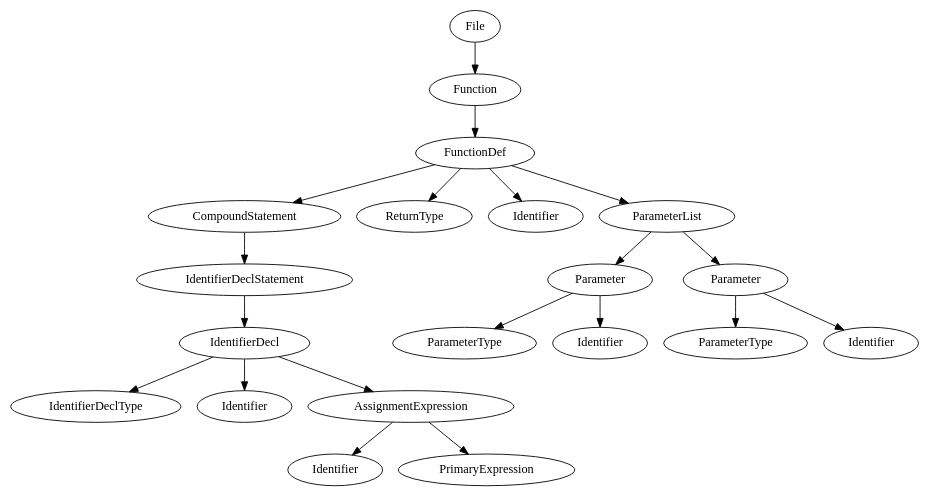
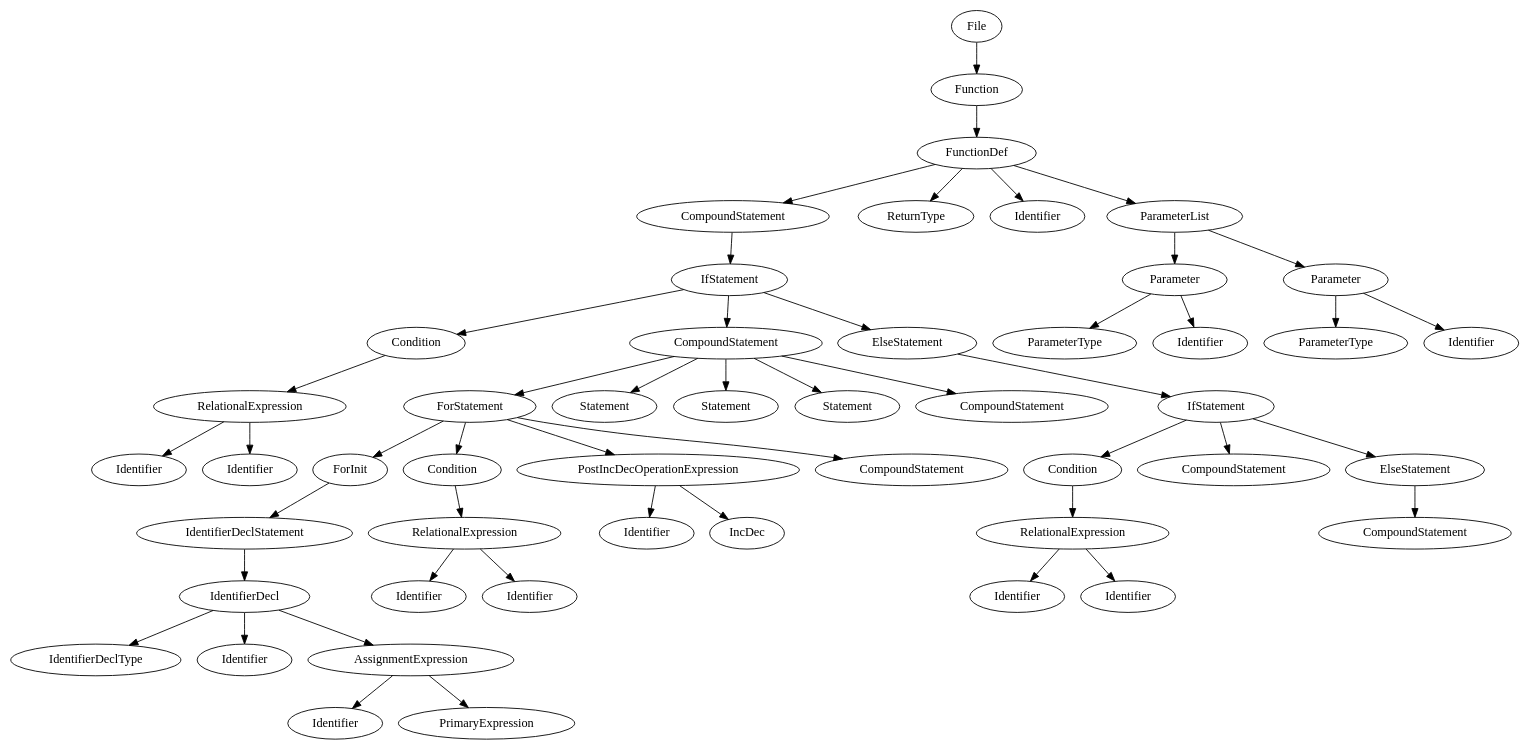
The diagram in test.gv (rsalesc/TCC), drawn with Graphviz before and after one commit. The commit also changed 22 other files, not shown here.

```diff
--- a/test.gv
+++ b/test.gv
@@ -1,41 +1,99 @@
 digraph {
 	1 [label=File]
 	1 -> 2
 	2 [label=Function]
 	2 -> 3
 	3 [label=FunctionDef]
 	3 -> 4
 	4 [label=CompoundStatement]
 	4 -> 5
-	5 [label=IdentifierDeclStatement]
+	5 [label=IfStatement]
 	5 -> 6
-	6 [label=IdentifierDecl]
+	6 [label=Condition]
 	6 -> 7
-	7 [label=IdentifierDeclType]
-	6 -> 8
+	7 [label=RelationalExpression]
+	7 -> 8
 	8 [label=Identifier]
-	6 -> 9
-	9 [label=AssignmentExpression]
-	9 -> 10
-	10 [label=Identifier]
-	9 -> 11
-	11 [label=PrimaryExpression]
-	3 -> 12
-	12 [label=ReturnType]
-	3 -> 13
-	13 [label=Identifier]
-	3 -> 14
-	14 [label=ParameterList]
+	7 -> 9
+	9 [label=Identifier]
+	5 -> 10
+	10 [label=CompoundStatement]
+	10 -> 11
+	11 [label=ForStatement]
+	11 -> 12
+	12 [label=ForInit]
+	12 -> 13
+	13 [label=IdentifierDeclStatement]
+	13 -> 14
+	14 [label=IdentifierDecl]
 	14 -> 15
-	15 [label=Parameter]
-	15 -> 16
-	16 [label=ParameterType]
-	15 -> 17
-	17 [label=Identifier]
-	14 -> 18
-	18 [label=Parameter]
-	18 -> 19
-	19 [label=ParameterType]
-	18 -> 20
-	20 [label=Identifier]
+	15 [label=IdentifierDeclType]
+	14 -> 16
+	16 [label=Identifier]
+	14 -> 17
+	17 [label=AssignmentExpression]
+	17 -> 18
+	18 [label=Identifier]
+	17 -> 19
+	19 [label=PrimaryExpression]
+	11 -> 20
+	20 [label=Condition]
+	20 -> 21
+	21 [label=RelationalExpression]
+	21 -> 22
+	22 [label=Identifier]
+	21 -> 23
+	23 [label=Identifier]
+	11 -> 24
+	24 [label=PostIncDecOperationExpression]
+	24 -> 25
+	25 [label=Identifier]
+	24 -> 26
+	26 [label=IncDec]
+	11 -> 27
+	27 [label=CompoundStatement]
+	10 -> 28
+	28 [label=Statement]
+	10 -> 29
+	29 [label=Statement]
+	10 -> 30
+	30 [label=Statement]
+	10 -> 31
+	31 [label=CompoundStatement]
+	5 -> 32
+	32 [label=ElseStatement]
+	32 -> 33
+	33 [label=IfStatement]
+	33 -> 34
+	34 [label=Condition]
+	34 -> 35
+	35 [label=RelationalExpression]
+	35 -> 36
+	36 [label=Identifier]
+	35 -> 37
+	37 [label=Identifier]
+	33 -> 38
+	38 [label=CompoundStatement]
+	33 -> 39
+	39 [label=ElseStatement]
+	39 -> 40
+	40 [label=CompoundStatement]
+	3 -> 41
+	41 [label=ReturnType]
+	3 -> 42
+	42 [label=Identifier]
+	3 -> 43
+	43 [label=ParameterList]
+	43 -> 44
+	44 [label=Parameter]
+	44 -> 45
+	45 [label=ParameterType]
+	44 -> 46
+	46 [label=Identifier]
+	43 -> 47
+	47 [label=Parameter]
+	47 -> 48
+	48 [label=ParameterType]
+	47 -> 49
+	49 [label=Identifier]
 }
```
